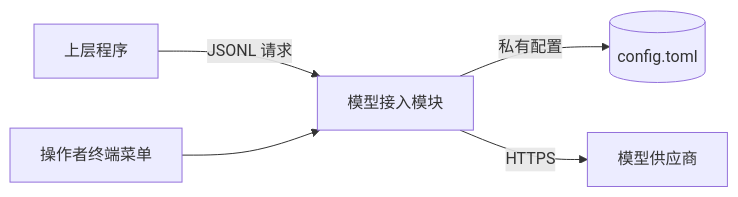
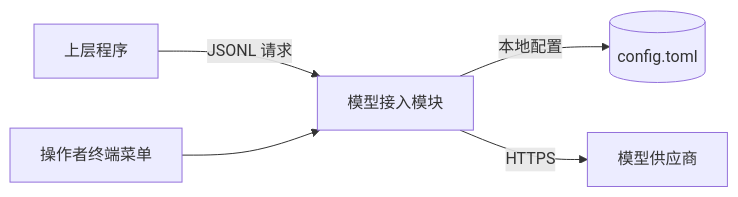
One commit to AceNanako0721/Factorforge changed the first of 2 diagrams in doc/05_模型接入模块式样书.md. Above: the diagram before and after it, drawn with Mermaid. The commit also changed other lines of this file and 33 other files, not shown here.

````diff
--- a/doc/05_模型接入模块式样书.md
+++ b/doc/05_模型接入模块式样书.md
@@ -19,7 +19,7 @@
 ```mermaid
 flowchart LR
   U[上层程序] -->|JSONL 请求| P5[模型接入模块]
   O[操作者终端菜单] --> P5
-  P5 -->|私有配置| C[(config.toml)]
+  P5 -->|本地配置| C[(config.toml)]
   P5 -->|HTTPS| M[模型供应商]
 ```
````
